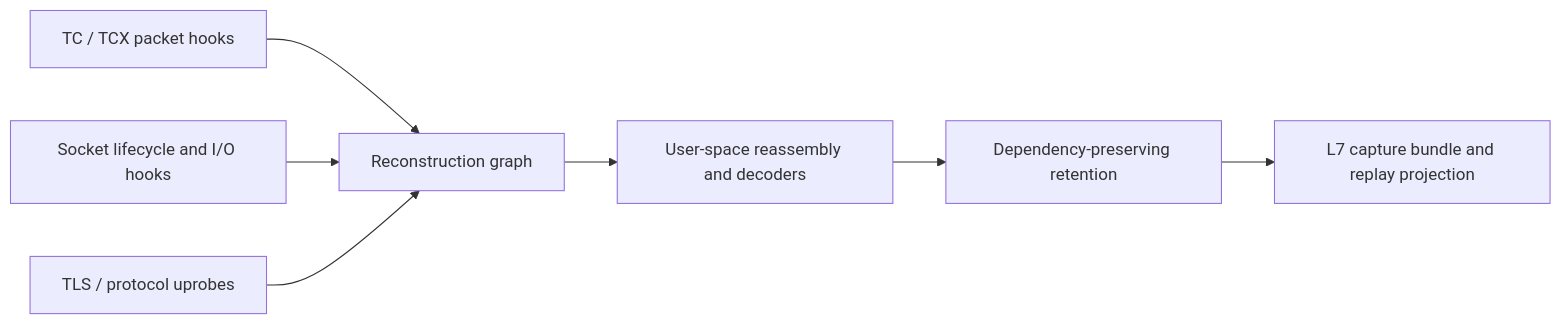
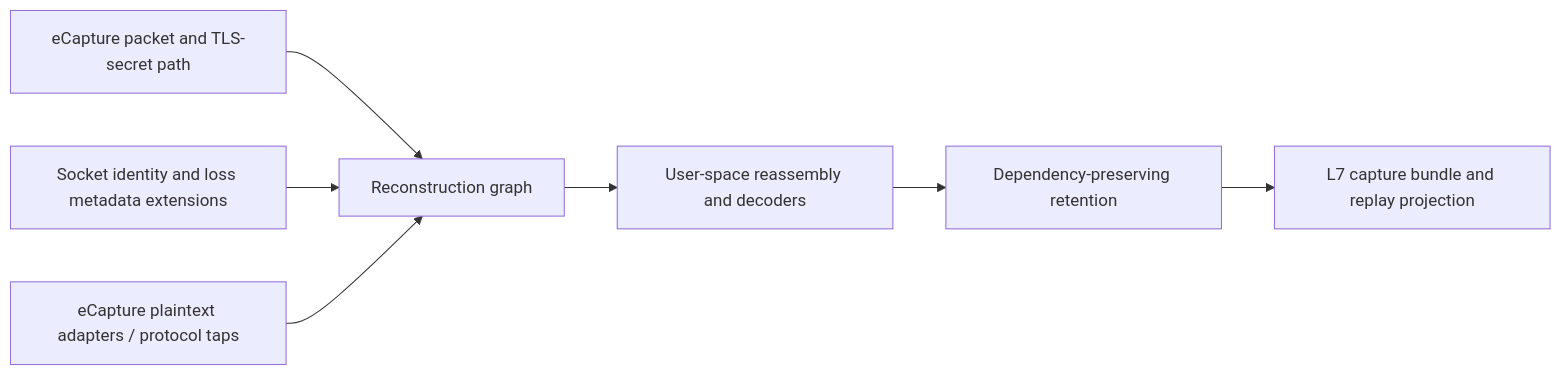
One commit to aburan28/kapture changed the diagram in docs/design/ebpf-l7-capture.md. Above: the diagram before and after it, drawn with Mermaid. The commit also changed other lines of this file and 2 other files, not shown here.

Commit message:
docs: base L7 capture on eCapture and compare FlowScope

````diff
--- a/docs/design/ebpf-l7-capture.md
+++ b/docs/design/ebpf-l7-capture.md
@@ -29,9 +71,9 @@
 ```mermaid
 flowchart LR
-    A["TC / TCX packet hooks"] --> D["Reconstruction graph"]
-    B["Socket lifecycle and I/O hooks"] --> D
-    C["TLS / protocol uprobes"] --> D
+    A["eCapture packet and TLS-secret path"] --> D["Reconstruction graph"]
+    B["Socket identity and loss metadata extensions"] --> D
+    C["eCapture plaintext adapters / protocol taps"] --> D
     D --> E["User-space reassembly and decoders"]
     E --> F["Dependency-preserving retention"]
     F --> G["L7 capture bundle and replay projection"]
 ```
````
